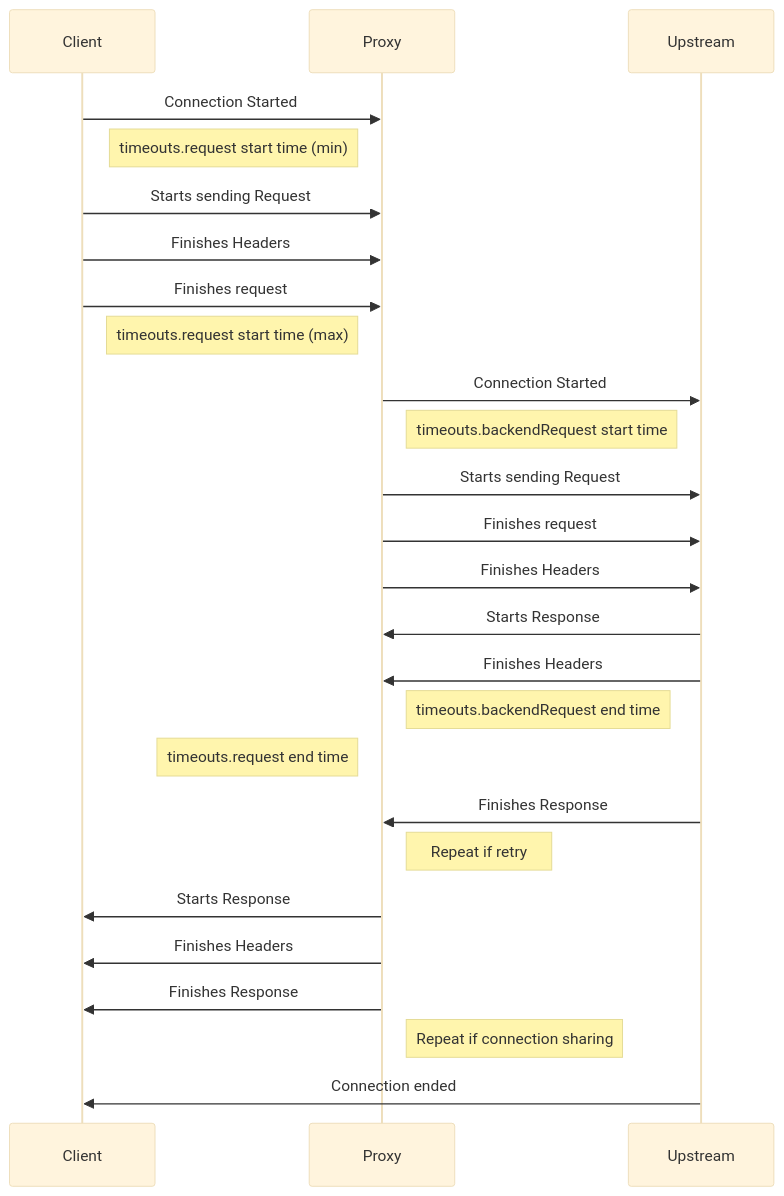
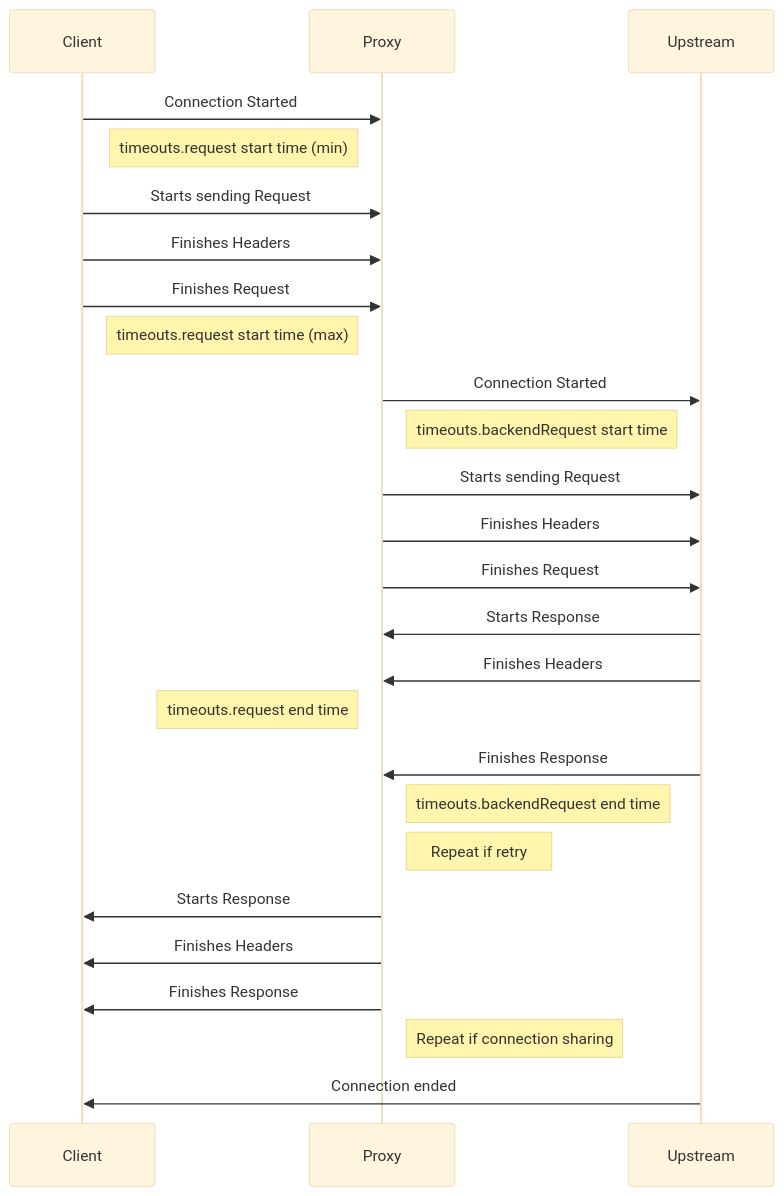
Before and after one commit to team-redbull/redbull-brain: the sixth of 6 diagrams in docs/upstream/gateway-api/geps/gep-1742/index.md, drawn with Mermaid (base theme). The commit also changed 303 other files, not shown here.

````diff
--- a/docs/upstream/gateway-api/geps/gep-1742/index.md
+++ b/docs/upstream/gateway-api/geps/gep-1742/index.md
@@ -344,28 +344,28 @@
 ```mermaid
 sequenceDiagram
     participant C as Client
     participant P as Proxy
     participant U as Upstream
     C->>P: Connection Started
     note left of P: timeouts.request start time (min)
     C->>P: Starts sending Request
     C->>P: Finishes Headers
-    C->>P: Finishes request
+    C->>P: Finishes Request
     note left of P: timeouts.request start time (max)
     P->>U: Connection Started
     note right of P: timeouts.backendRequest start time
     P->>U: Starts sending Request
-    P->>U: Finishes request
     P->>U: Finishes Headers
+    P->>U: Finishes Request
     U->>P: Starts Response
     U->>P: Finishes Headers
-    note right of P: timeouts.backendRequest end time
     note left of P: timeouts.request end time
     U->>P: Finishes Response
+    note right of P: timeouts.backendRequest end time
     note right of P: Repeat if retry
     P->>C: Starts Response
     P->>C: Finishes Headers
     P->>C: Finishes Response
     Note right of P: Repeat if connection sharing
     U->>C: Connection ended
 ```
````
